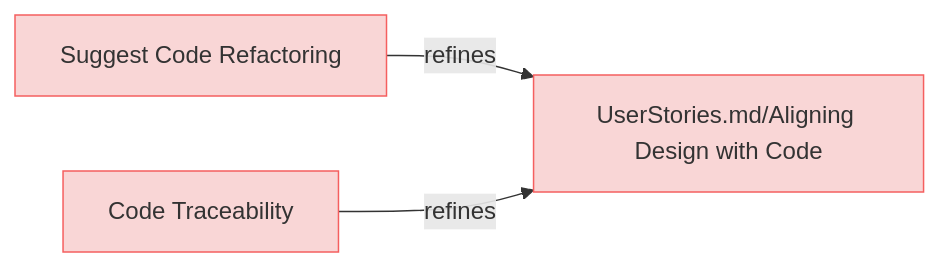
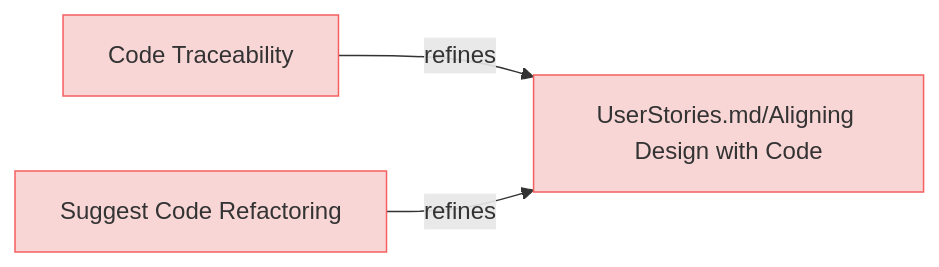
One commit to reqvire-org/reqvire changed the second of 8 diagrams in specifications/UserRequirements.md. Above: the diagram before and after it, drawn with Mermaid. The commit also changed other lines of this file and 44 other files, not shown here.

Commit message:
Diagrams bug fixes. Test improvements.

````diff
--- a/specifications/UserRequirements.md
+++ b/specifications/UserRequirements.md
@@ -47,20 +47,20 @@
 ```mermaid
 graph LR;
   %% Graph styling
   classDef requirement fill:#f9d6d6,stroke:#f55f5f,stroke-width:1px;
   classDef verification fill:#d6f9d6,stroke:#5fd75f,stroke-width:1px;
   classDef externalLink fill:#d0e0ff,stroke:#3080ff,stroke-width:1px;
   classDef default fill:#f5f5f5,stroke:#333333,stroke-width:1px;
 
-  398641ced77f628c["Suggest Code Refactoring"];
-  click 398641ced77f628c "specifications/UserRequirements.md#suggest-code-refactoring#suggest-code-refactoring";
-  class 398641ced77f628c requirement;
+  26ca72b617aff229["Code Traceability"];
+  class 26ca72b617aff229 requirement;
+  click 26ca72b617aff229 "UserRequirements.md#code-traceability";
   855a1b3061c7bcdd["UserStories.md/Aligning Design with Code"];
   class 855a1b3061c7bcdd requirement;
-  click 855a1b3061c7bcdd "specifications/UserStories.md#aligning-design-with-code#aligning-design-with-code";
+  click 855a1b3061c7bcdd "UserStories.md#aligning-design-with-code";
+  26ca72b617aff229 -->|refines| 855a1b3061c7bcdd;
+  398641ced77f628c["Suggest Code Refactoring"];
+  class 398641ced77f628c requirement;
+  click 398641ced77f628c "UserRequirements.md#suggest-code-refactoring";
   398641ced77f628c -->|refines| 855a1b3061c7bcdd;
-  26ca72b617aff229["Code Traceability"];
-  click 26ca72b617aff229 "specifications/UserRequirements.md#code-traceability#code-traceability";
-  class 26ca72b617aff229 requirement;
-  26ca72b617aff229 -->|refines| 855a1b3061c7bcdd;
 ```
````
